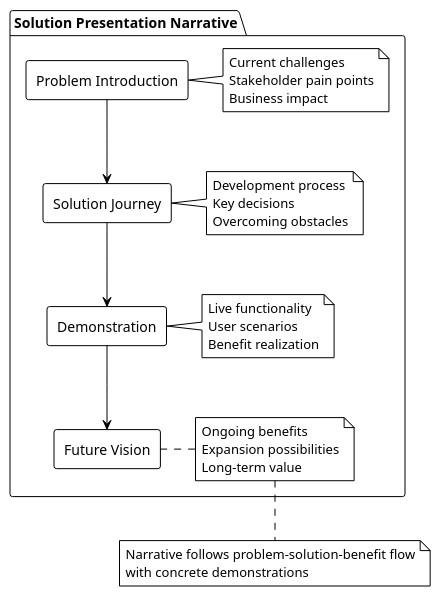
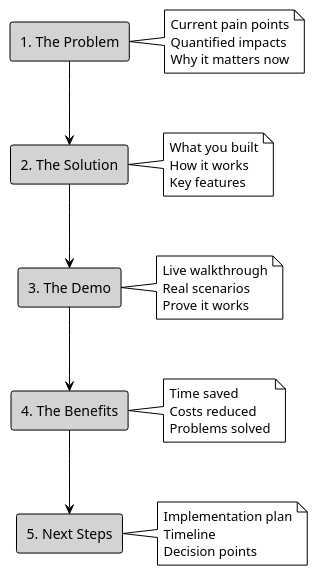
The first of 2 diagrams in docs/Year12/SoftwareEngineeringProject/Chapter-25-Producing-and-implementing/25-02-Presenting-the-solution/index.md (Eatham532/Software-Engineering-HSC-Textbook), drawn with PlantUML before and after one commit. The commit also changed other lines of this file, not shown here.

````diff
--- a/docs/Year12/SoftwareEngineeringProject/Chapter-25-Producing-and-implementing/25-02-Presenting-the-solution/index.md
+++ b/docs/Year12/SoftwareEngineeringProject/Chapter-25-Producing-and-implementing/25-02-Presenting-the-solution/index.md
@@ -378,28 +63,47 @@
 ```kroki-plantuml
 @startuml
 !theme plain
 skinparam monochrome true
 skinparam shadowing false
 
-package "Solution Presentation Narrative" {
-    rectangle "Problem Introduction" as prob
-    note right : Current challenges\nStakeholder pain points\nBusiness impact
-    
-    rectangle "Solution Journey" as journey
-    note right : Development process\nKey decisions\nOvercoming obstacles
-    
-    rectangle "Demonstration" as demo
-    note right : Live functionality\nUser scenarios\nBenefit realization
-    
-    rectangle "Future Vision" as future
-    note right : Ongoing benefits\nExpansion possibilities\nLong-term value
-    
-    prob --> journey
-    journey --> demo
-    demo --> future
-}
+rectangle "1. The Problem" as prob #lightgray
+note right
+  Current pain points
+  Quantified impacts
+  Why it matters now
+end note
 
-note bottom : Narrative follows problem-solution-benefit flow\nwith concrete demonstrations
+rectangle "2. The Solution" as solution #lightgray
+note right
+  What you built
+  How it works
+  Key features
+end note
+
+rectangle "3. The Demo" as demo #lightgray
+note right
+  Live walkthrough
+  Real scenarios
+  Prove it works
+end note
+
+rectangle "4. The Benefits" as benefits #lightgray
+note right
+  Time saved
+  Costs reduced
+  Problems solved
+end note
+
+rectangle "5. Next Steps" as next #lightgray
+note right
+  Implementation plan
+  Timeline
+  Decision points
+end note
+
+prob -down-> solution
+solution -down-> demo
+demo -down-> benefits
+benefits -down-> next
 @enduml
-
 ```
````
